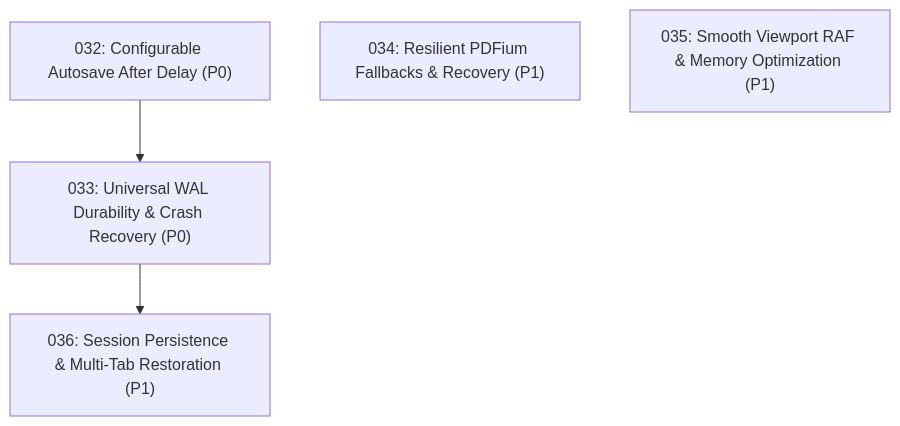
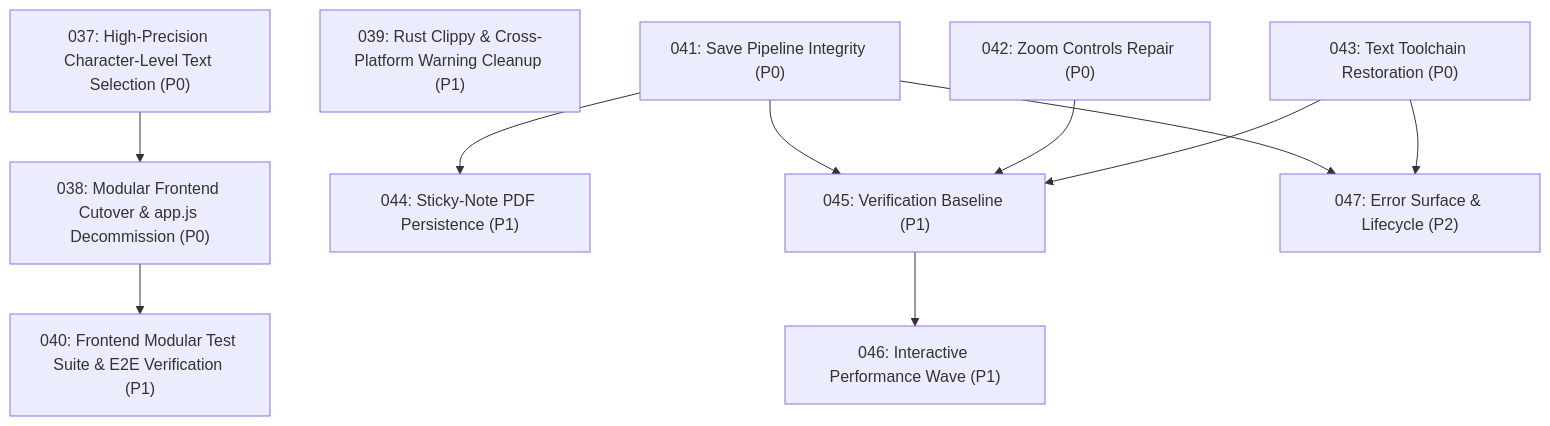
Before and after one commit to nabilbinsayed/InkrementalNotes: the diagram in plans/README.md, drawn with Mermaid. The commit also changed other lines of this file and 204 other files, not shown here.

First line of the commit message:
feat: complete modular frontend migration, interactive performance wave, and test baseline

````diff
--- a/plans/README.md
+++ b/plans/README.md
@@ -51,13 +66,25 @@
 ```mermaid
 flowchart TD
-    P032["032: Configurable Autosave After Delay (P0)"]
-    P033["033: Universal WAL Durability & Crash Recovery (P0)"]
-    P034["034: Resilient PDFium Fallbacks & Recovery (P1)"]
-    P035["035: Smooth Viewport RAF & Memory Optimization (P1)"]
-    P036["036: Session Persistence & Multi-Tab Restoration (P1)"]
+    P037["037: High-Precision Character-Level Text Selection (P0)"]
+    P038["038: Modular Frontend Cutover & app.js Decommission (P0)"]
+    P039["039: Rust Clippy & Cross-Platform Warning Cleanup (P1)"]
+    P040["040: Frontend Modular Test Suite & E2E Verification (P1)"]
+    P041["041: Save Pipeline Integrity (P0)"]
+    P042["042: Zoom Controls Repair (P0)"]
+    P043["043: Text Toolchain Restoration (P0)"]
+    P044["044: Sticky-Note PDF Persistence (P1)"]
+    P045["045: Verification Baseline (P1)"]
+    P046["046: Interactive Performance Wave (P1)"]
+    P047["047: Error Surface & Lifecycle (P2)"]
 
-    P032 --> P033
-    P033 --> P036
-    P034
-    P035
+    P037 --> P038
+    P038 --> P040
+    P041 --> P044
+    P041 --> P045
+    P042 --> P045
+    P043 --> P045
+    P045 --> P046
+    P041 --> P047
+    P043 --> P047
+    P039
 ```
````
